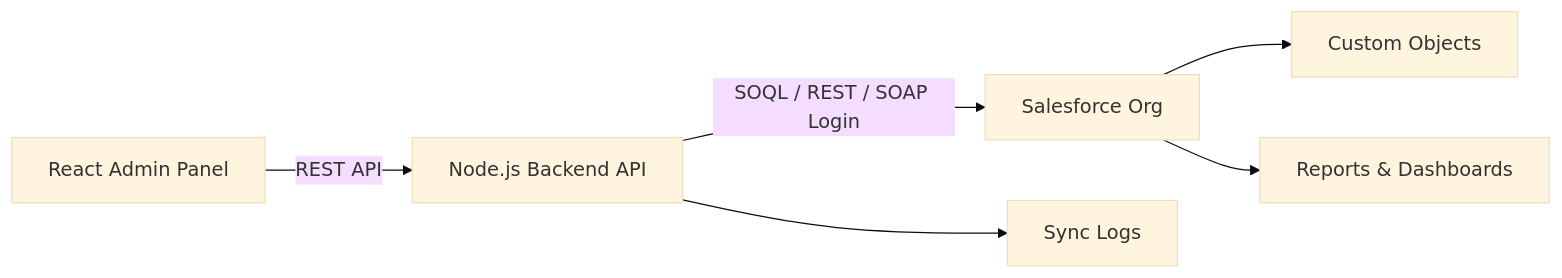
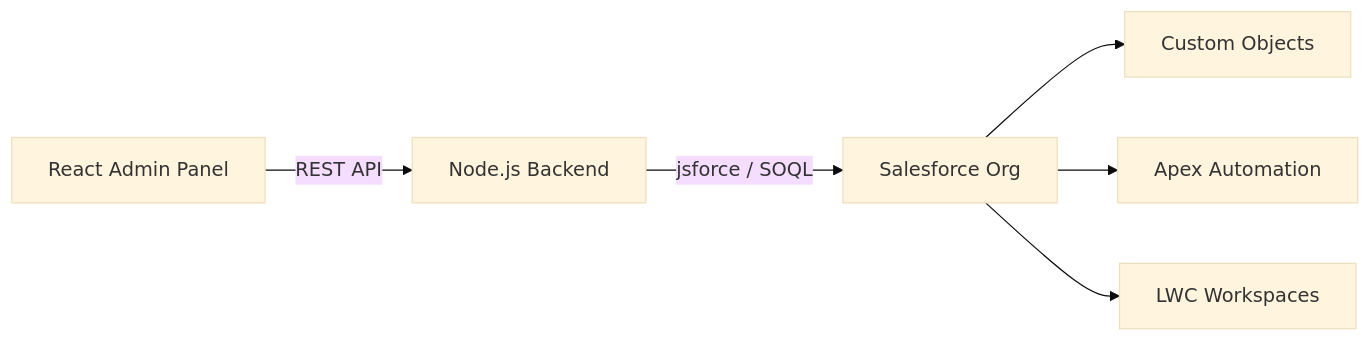
One commit to aptus0/E-Commerce-Salesforce-Kits changed the diagram in README.md. Above: the diagram before and after it, drawn with Mermaid (base theme). The commit also changed other lines of this file and 9 other files, not shown here.

````diff
--- a/README.md
+++ b/README.md
@@ -52,8 +73,8 @@
 ```mermaid
 flowchart LR
-    A[React Admin Panel] -->|REST API| B[Node.js Backend API]
-    B -->|SOQL / REST / SOAP Login| C[Salesforce Org]
+    A[React Admin Panel] -->|REST API| B[Node.js Backend]
+    B -->|jsforce / SOQL| C[Salesforce Org]
     C --> D[Custom Objects]
-    C --> E[Reports & Dashboards]
-    B --> F[Sync Logs]
+    C --> E[Apex Automation]
+    C --> F[LWC Workspaces]
 ```
````
